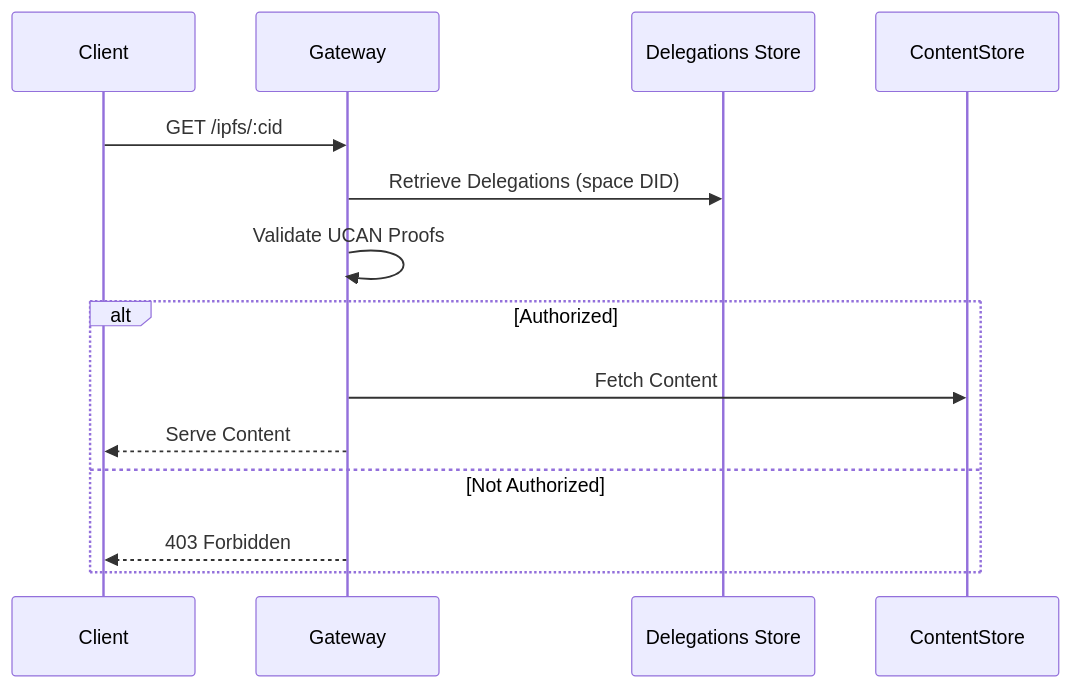
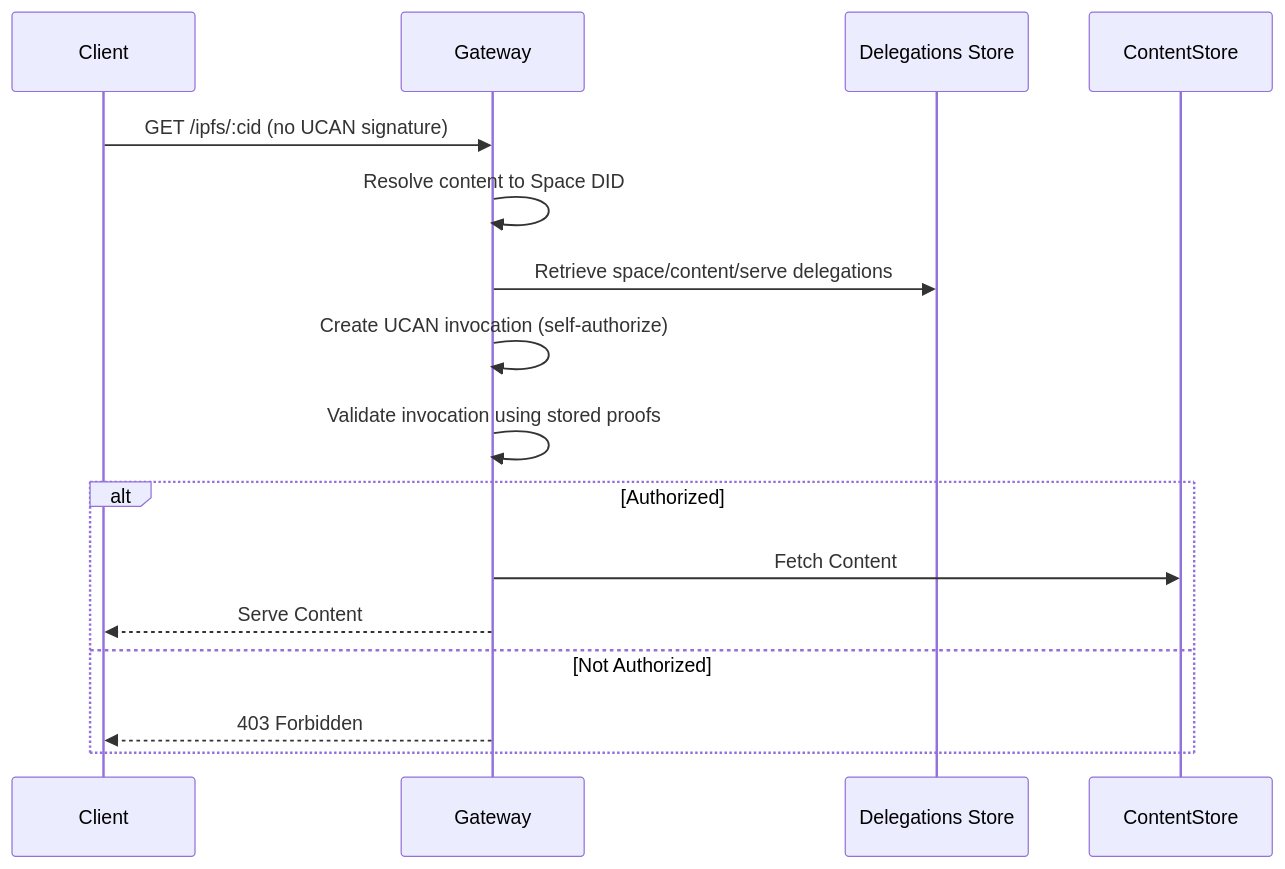
The second of 2 diagrams in content-serve-auth.md (storacha/specs), drawn with Mermaid before and after one commit. The commit also changed other lines of this file, not shown here.

````diff
--- a/content-serve-auth.md
+++ b/content-serve-auth.md
@@ -115,17 +101,19 @@
 ```mermaid
 sequenceDiagram
     participant Client
     participant Gateway
     participant Delegations Store
     participant ContentStore
 
-    Client->>Gateway: GET /ipfs/:cid
-    Gateway->>Delegations Store: Retrieve Delegations (space DID)
-    Gateway->>Gateway: Validate UCAN Proofs
+    Client->>Gateway: GET /ipfs/:cid (no UCAN signature)
+    Gateway->>Gateway: Resolve content to Space DID
+    Gateway->>Delegations Store: Retrieve space/content/serve delegations
+    Gateway->>Gateway: Create UCAN invocation (self-authorize)
+    Gateway->>Gateway: Validate invocation using stored proofs
     alt Authorized
         Gateway->>ContentStore: Fetch Content
         Gateway-->>Client: Serve Content
     else Not Authorized
         Gateway-->>Client: 403 Forbidden
     end
 ```
````
